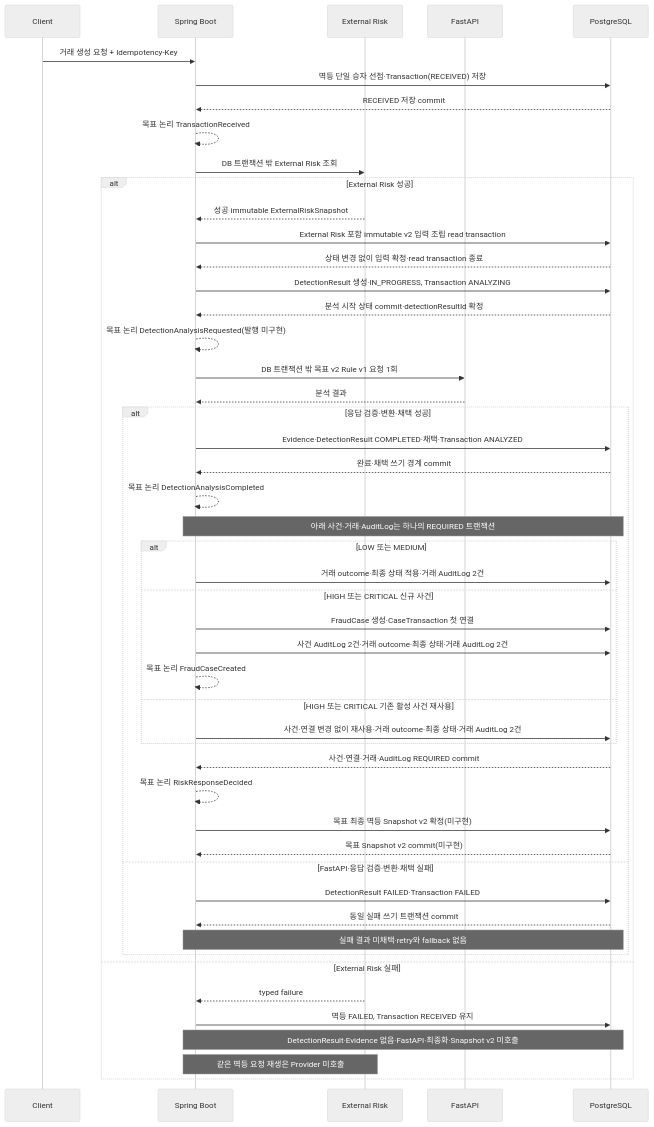
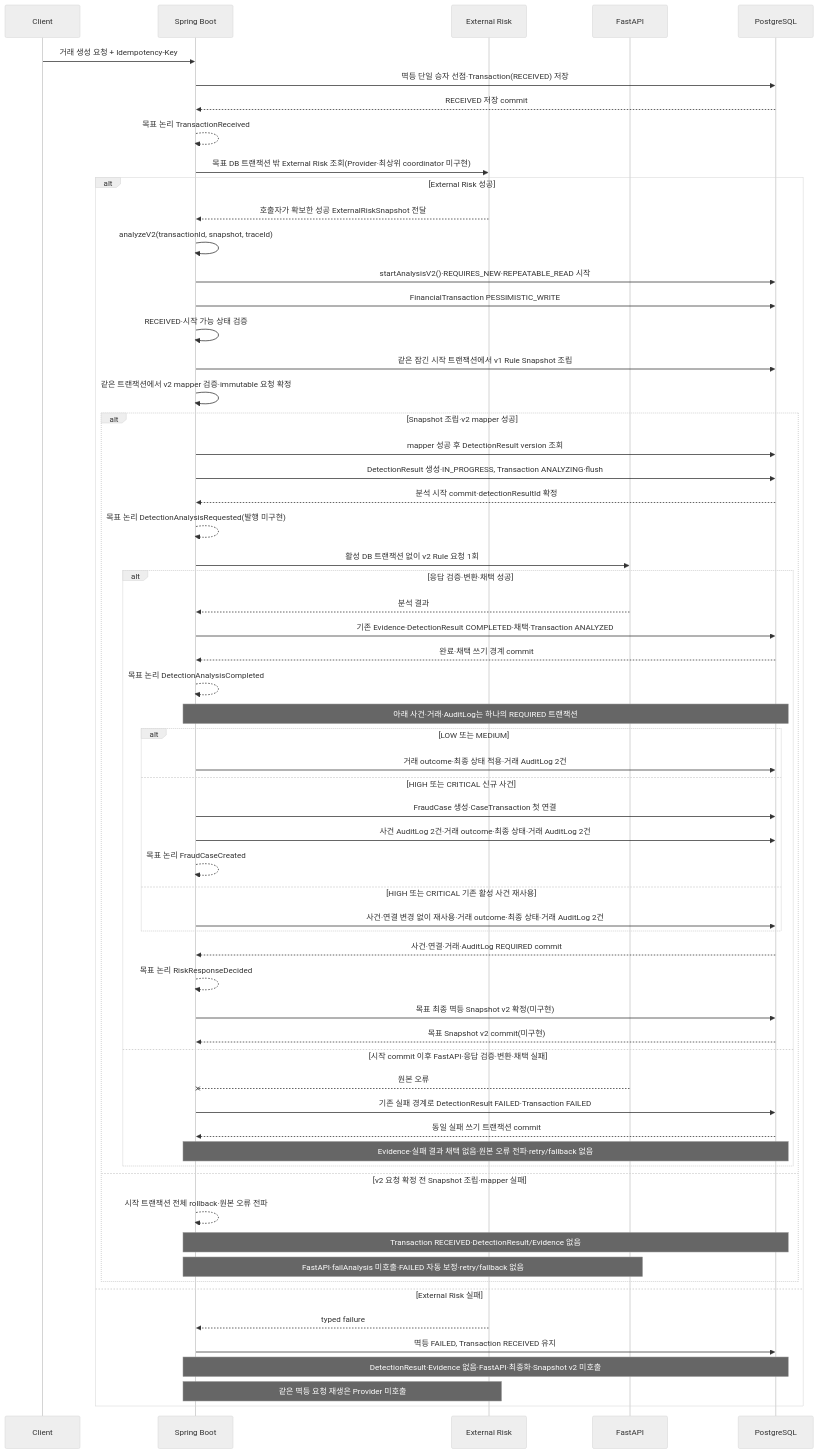
Before and after one commit to Ahnjisan/FinGuardOps: the first of 6 diagrams in docs/03-api/domain-event-contracts.md, drawn with Mermaid (neutral theme). The commit also changed other lines of this file and 21 other files, not shown here.

````diff
--- a/docs/03-api/domain-event-contracts.md
+++ b/docs/03-api/domain-event-contracts.md
@@ -456,52 +460,64 @@
 ```mermaid
 sequenceDiagram
     participant Client
     participant Spring as Spring Boot
     participant Risk as External Risk
     participant FastAPI
     participant DB as PostgreSQL
 
     Client->>Spring: 거래 생성 요청 + Idempotency-Key
     Spring->>DB: 멱등 단일 승자 선점·Transaction(RECEIVED) 저장
     DB-->>Spring: RECEIVED 저장 commit
     Spring-->>Spring: 목표 논리 TransactionReceived
-    Spring->>Risk: DB 트랜잭션 밖 External Risk 조회
+    Spring->>Risk: 목표 DB 트랜잭션 밖 External Risk 조회(Provider·최상위 coordinator 미구현)
     alt External Risk 성공
-        Risk-->>Spring: 성공 immutable ExternalRiskSnapshot
-        Spring->>DB: External Risk 포함 immutable v2 입력 조립 read transaction
-        DB-->>Spring: 상태 변경 없이 입력 확정·read transaction 종료
-        Spring->>DB: DetectionResult 생성·IN_PROGRESS, Transaction ANALYZING
-        DB-->>Spring: 분석 시작 상태 commit·detectionResultId 확정
-        Spring-->>Spring: 목표 논리 DetectionAnalysisRequested(발행 미구현)
-        Spring->>FastAPI: DB 트랜잭션 밖 목표 v2 Rule v1 요청 1회
-        FastAPI-->>Spring: 분석 결과
-        alt 응답 검증·변환·채택 성공
-            Spring->>DB: Evidence·DetectionResult COMPLETED·채택·Transaction ANALYZED
-            DB-->>Spring: 완료·채택 쓰기 경계 commit
-            Spring-->>Spring: 목표 논리 DetectionAnalysisCompleted
-            Note over Spring,DB: 아래 사건·거래·AuditLog는 하나의 REQUIRED 트랜잭션
-            alt LOW 또는 MEDIUM
-                Spring->>DB: 거래 outcome·최종 상태 적용·거래 AuditLog 2건
-            else HIGH 또는 CRITICAL 신규 사건
-                Spring->>DB: FraudCase 생성·CaseTransaction 첫 연결
-                Spring->>DB: 사건 AuditLog 2건·거래 outcome·최종 상태·거래 AuditLog 2건
-                Spring-->>Spring: 목표 논리 FraudCaseCreated
-            else HIGH 또는 CRITICAL 기존 활성 사건 재사용
-                Spring->>DB: 사건·연결 변경 없이 재사용·거래 outcome·최종 상태·거래 AuditLog 2건
+        Risk-->>Spring: 호출자가 확보한 성공 ExternalRiskSnapshot 전달
+        Spring->>Spring: analyzeV2(transactionId, snapshot, traceId)
+        Spring->>DB: startAnalysisV2()·REQUIRES_NEW·REPEATABLE_READ 시작
+        Spring->>DB: FinancialTransaction PESSIMISTIC_WRITE
+        Spring->>Spring: RECEIVED·시작 가능 상태 검증
+        Spring->>DB: 같은 잠긴 시작 트랜잭션에서 v1 Rule Snapshot 조립
+        Spring->>Spring: 같은 트랜잭션에서 v2 mapper 검증·immutable 요청 확정
+        alt Snapshot 조립·v2 mapper 성공
+            Spring->>DB: mapper 성공 후 DetectionResult version 조회
+            Spring->>DB: DetectionResult 생성·IN_PROGRESS, Transaction ANALYZING·flush
+            DB-->>Spring: 분석 시작 commit·detectionResultId 확정
+            Spring-->>Spring: 목표 논리 DetectionAnalysisRequested(발행 미구현)
+            Spring->>FastAPI: 활성 DB 트랜잭션 없이 v2 Rule 요청 1회
+            alt 응답 검증·변환·채택 성공
+                FastAPI-->>Spring: 분석 결과
+                Spring->>DB: 기존 Evidence·DetectionResult COMPLETED·채택·Transaction ANALYZED
+                DB-->>Spring: 완료·채택 쓰기 경계 commit
+                Spring-->>Spring: 목표 논리 DetectionAnalysisCompleted
+                Note over Spring,DB: 아래 사건·거래·AuditLog는 하나의 REQUIRED 트랜잭션
+                alt LOW 또는 MEDIUM
+                    Spring->>DB: 거래 outcome·최종 상태 적용·거래 AuditLog 2건
+                else HIGH 또는 CRITICAL 신규 사건
+                    Spring->>DB: FraudCase 생성·CaseTransaction 첫 연결
+                    Spring->>DB: 사건 AuditLog 2건·거래 outcome·최종 상태·거래 AuditLog 2건
+                    Spring-->>Spring: 목표 논리 FraudCaseCreated
+                else HIGH 또는 CRITICAL 기존 활성 사건 재사용
+                    Spring->>DB: 사건·연결 변경 없이 재사용·거래 outcome·최종 상태·거래 AuditLog 2건
+                end
+                DB-->>Spring: 사건·연결·거래·AuditLog REQUIRED commit
+                Spring-->>Spring: 목표 논리 RiskResponseDecided
+                Spring->>DB: 목표 최종 멱등 Snapshot v2 확정(미구현)
+                DB-->>Spring: 목표 Snapshot v2 commit(미구현)
+            else 시작 commit 이후 FastAPI·응답 검증·변환·채택 실패
+                FastAPI--xSpring: 원본 오류
+                Spring->>DB: 기존 실패 경계로 DetectionResult FAILED·Transaction FAILED
+                DB-->>Spring: 동일 실패 쓰기 트랜잭션 commit
+                Note over Spring,DB: Evidence·실패 결과 채택 없음·원본 오류 전파·retry/fallback 없음
             end
-            DB-->>Spring: 사건·연결·거래·AuditLog REQUIRED commit
-            Spring-->>Spring: 목표 논리 RiskResponseDecided
-            Spring->>DB: 목표 최종 멱등 Snapshot v2 확정(미구현)
-            DB-->>Spring: 목표 Snapshot v2 commit(미구현)
-        else FastAPI·응답 검증·변환·채택 실패
-            Spring->>DB: DetectionResult FAILED·Transaction FAILED
-            DB-->>Spring: 동일 실패 쓰기 트랜잭션 commit
-            Note over Spring,DB: 실패 결과 미채택·retry와 fallback 없음
+        else v2 요청 확정 전 Snapshot 조립·mapper 실패
+            Spring-->>Spring: 시작 트랜잭션 전체 rollback·원본 오류 전파
+            Note over Spring,DB: Transaction RECEIVED·DetectionResult/Evidence 없음
+            Note over Spring,FastAPI: FastAPI·failAnalysis 미호출·FAILED 자동 보정·retry/fallback 없음
         end
     else External Risk 실패
         Risk-->>Spring: typed failure
         Spring->>DB: 멱등 FAILED, Transaction RECEIVED 유지
         Note over Spring,DB: DetectionResult·Evidence 없음·FastAPI·최종화·Snapshot v2 미호출
         Note over Spring,Risk: 같은 멱등 요청 재생은 Provider 미호출
     end
 ```
````
